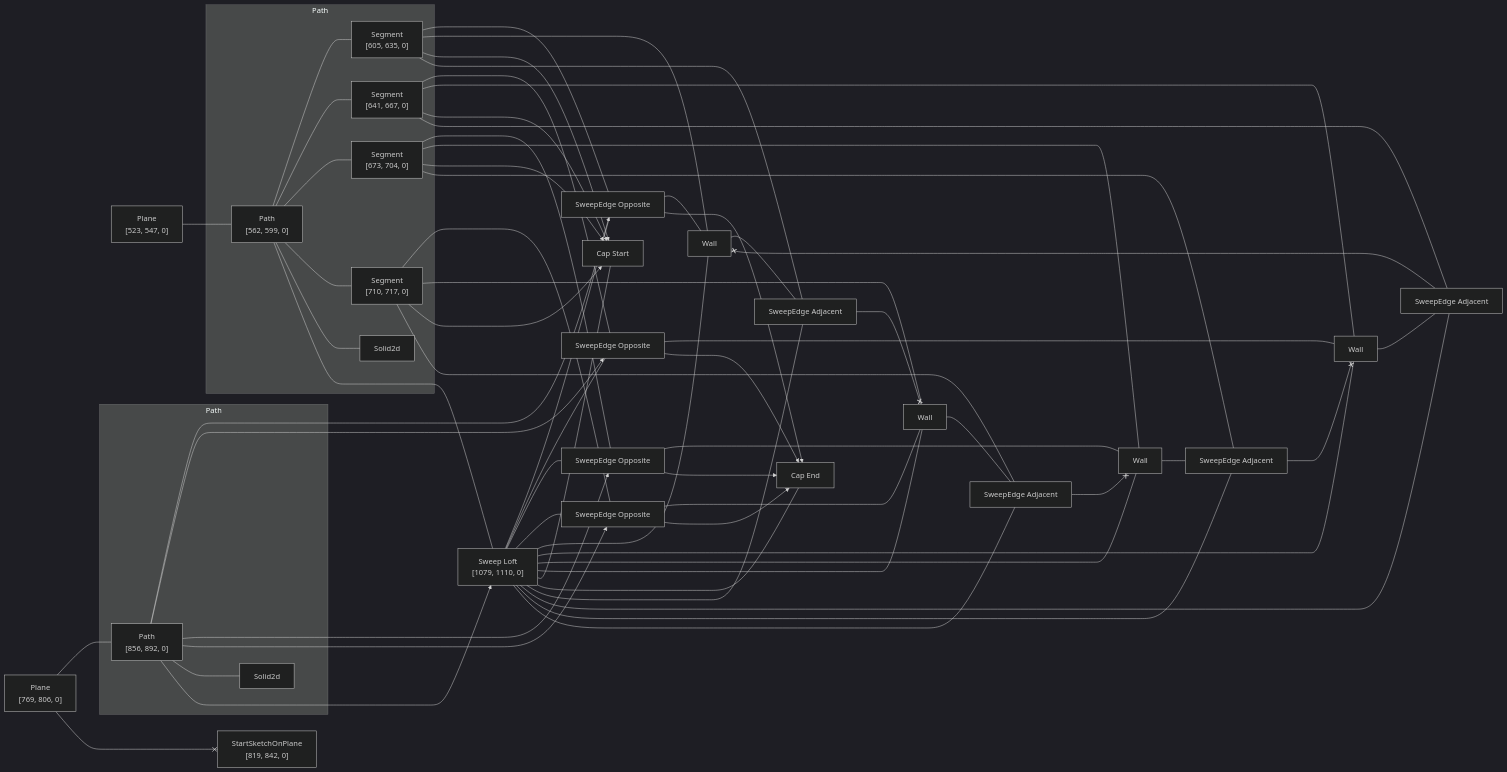
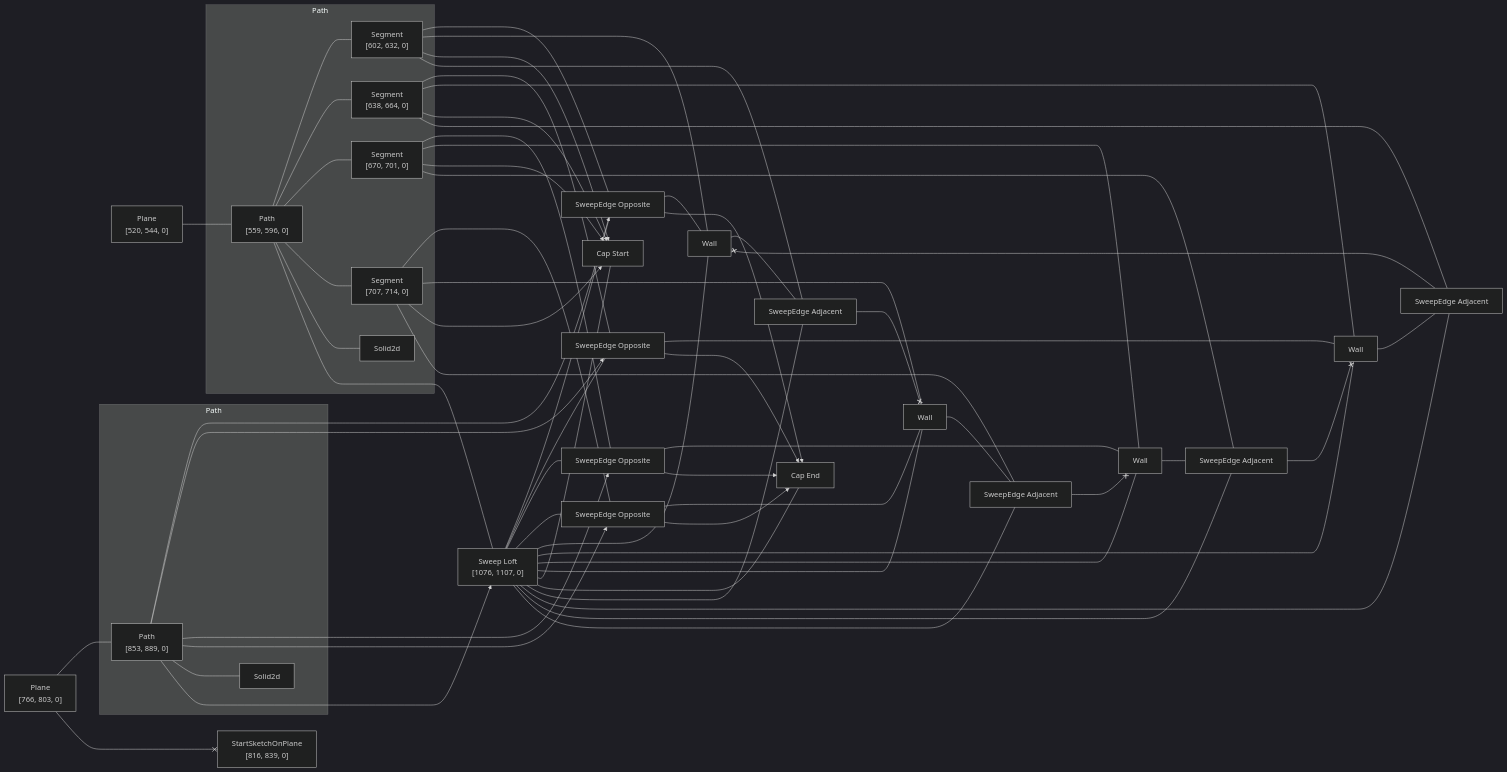
Before and after one commit to KittyCAD/modeling-app: the diagram in rust/kcl-lib/tests/kcl_samples/single-impeller-blade/artifact_graph_flowchart.snap.md, drawn with Mermaid (dark theme). The commit also changed 39 other files, not shown here.

````diff
--- a/rust/kcl-lib/tests/kcl_samples/single-impeller-blade/artifact_graph_flowchart.snap.md
+++ b/rust/kcl-lib/tests/kcl_samples/single-impeller-blade/artifact_graph_flowchart.snap.md
@@ -1,32 +1,32 @@
 ```mermaid
 flowchart LR
   subgraph path2 [Path]
-    2["Path<br>[562, 599, 0]"]
+    2["Path<br>[559, 596, 0]"]
       %% [ProgramBodyItem { index: 6 }, VariableDeclarationDeclaration, VariableDeclarationInit, PipeBodyItem { index: 0 }]
-    3["Segment<br>[605, 635, 0]"]
+    3["Segment<br>[602, 632, 0]"]
       %% [ProgramBodyItem { index: 6 }, VariableDeclarationDeclaration, VariableDeclarationInit, PipeBodyItem { index: 1 }]
-    4["Segment<br>[641, 667, 0]"]
+    4["Segment<br>[638, 664, 0]"]
       %% [ProgramBodyItem { index: 6 }, VariableDeclarationDeclaration, VariableDeclarationInit, PipeBodyItem { index: 2 }]
-    5["Segment<br>[673, 704, 0]"]
+    5["Segment<br>[670, 701, 0]"]
       %% [ProgramBodyItem { index: 6 }, VariableDeclarationDeclaration, VariableDeclarationInit, PipeBodyItem { index: 3 }]
-    6["Segment<br>[710, 717, 0]"]
+    6["Segment<br>[707, 714, 0]"]
       %% [ProgramBodyItem { index: 6 }, VariableDeclarationDeclaration, VariableDeclarationInit, PipeBodyItem { index: 4 }]
     7[Solid2d]
   end
   subgraph path9 [Path]
-    9["Path<br>[856, 892, 0]"]
+    9["Path<br>[853, 889, 0]"]
       %% [ProgramBodyItem { index: 9 }, VariableDeclarationDeclaration, VariableDeclarationInit, PipeBodyItem { index: 0 }]
     14[Solid2d]
   end
-  1["Plane<br>[523, 547, 0]"]
+  1["Plane<br>[520, 544, 0]"]
     %% [ProgramBodyItem { index: 5 }, VariableDeclarationDeclaration, VariableDeclarationInit]
-  8["Plane<br>[769, 806, 0]"]
+  8["Plane<br>[766, 803, 0]"]
     %% [ProgramBodyItem { index: 7 }, VariableDeclarationDeclaration, VariableDeclarationInit]
   10["SweepEdge Opposite"]
   11["SweepEdge Opposite"]
   12["SweepEdge Opposite"]
   13["SweepEdge Opposite"]
-  15["Sweep Loft<br>[1079, 1110, 0]"]
+  15["Sweep Loft<br>[1076, 1107, 0]"]
     %% [ProgramBodyItem { index: 10 }, VariableDeclarationDeclaration, VariableDeclarationInit]
   16[Wall]
     %% face_code_ref=Missing NodePath
@@ -44,7 +44,7 @@
   23["SweepEdge Adjacent"]
   24["SweepEdge Adjacent"]
   25["SweepEdge Adjacent"]
-  26["StartSketchOnPlane<br>[819, 842, 0]"]
+  26["StartSketchOnPlane<br>[816, 839, 0]"]
     %% [ProgramBodyItem { index: 8 }, VariableDeclarationDeclaration, VariableDeclarationInit]
   1 --- 2
   2 --- 3
````
